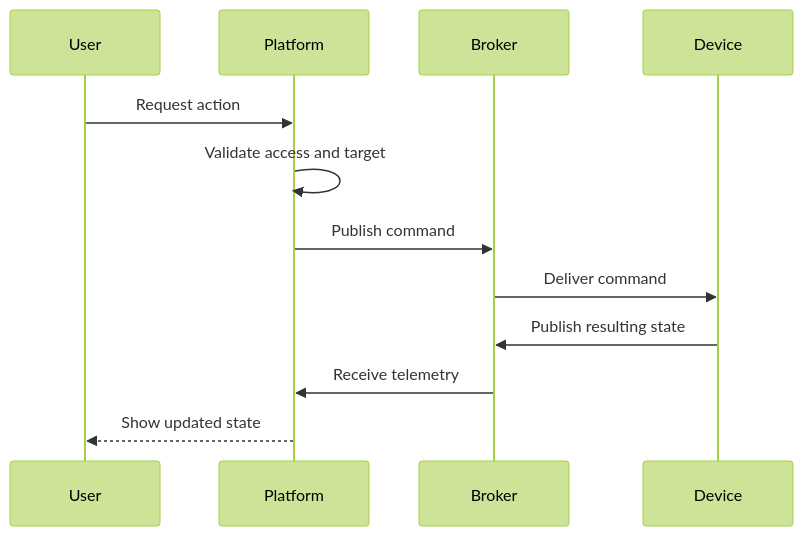
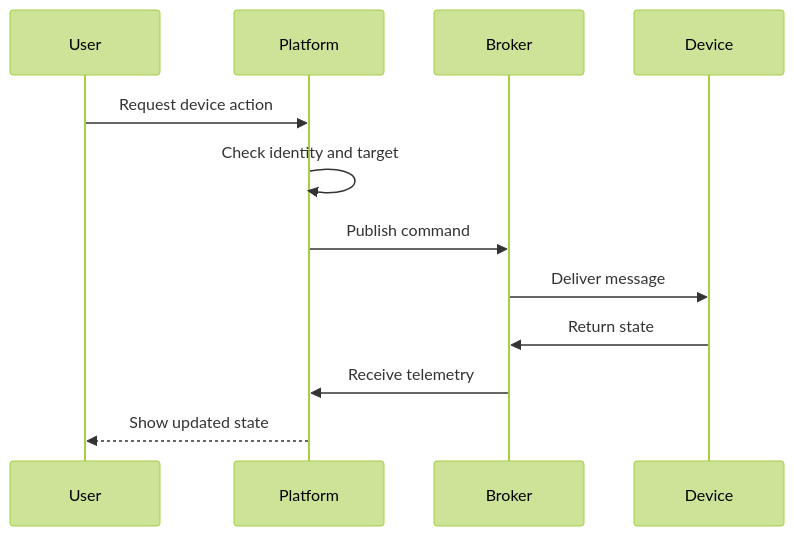
Before and after one commit to farismnrr/portofolio: the second of 3 diagrams in frontend/content/projects/iotnet.md, drawn with Mermaid (forest theme). The commit also changed other lines of this file and 6 other files, not shown here.

````diff
--- a/frontend/content/projects/iotnet.md
+++ b/frontend/content/projects/iotnet.md
@@ -74,15 +80,15 @@
 ```mermaid
 sequenceDiagram
     participant User
     participant Platform
     participant Broker
     participant Device
 
-    User->>Platform: Request action
-    Platform->>Platform: Validate access and target
+    User->>Platform: Request device action
+    Platform->>Platform: Check identity and target
     Platform->>Broker: Publish command
-    Broker->>Device: Deliver command
-    Device->>Broker: Publish resulting state
+    Broker->>Device: Deliver message
+    Device->>Broker: Return state
     Broker->>Platform: Receive telemetry
     Platform-->>User: Show updated state
 ```
````
